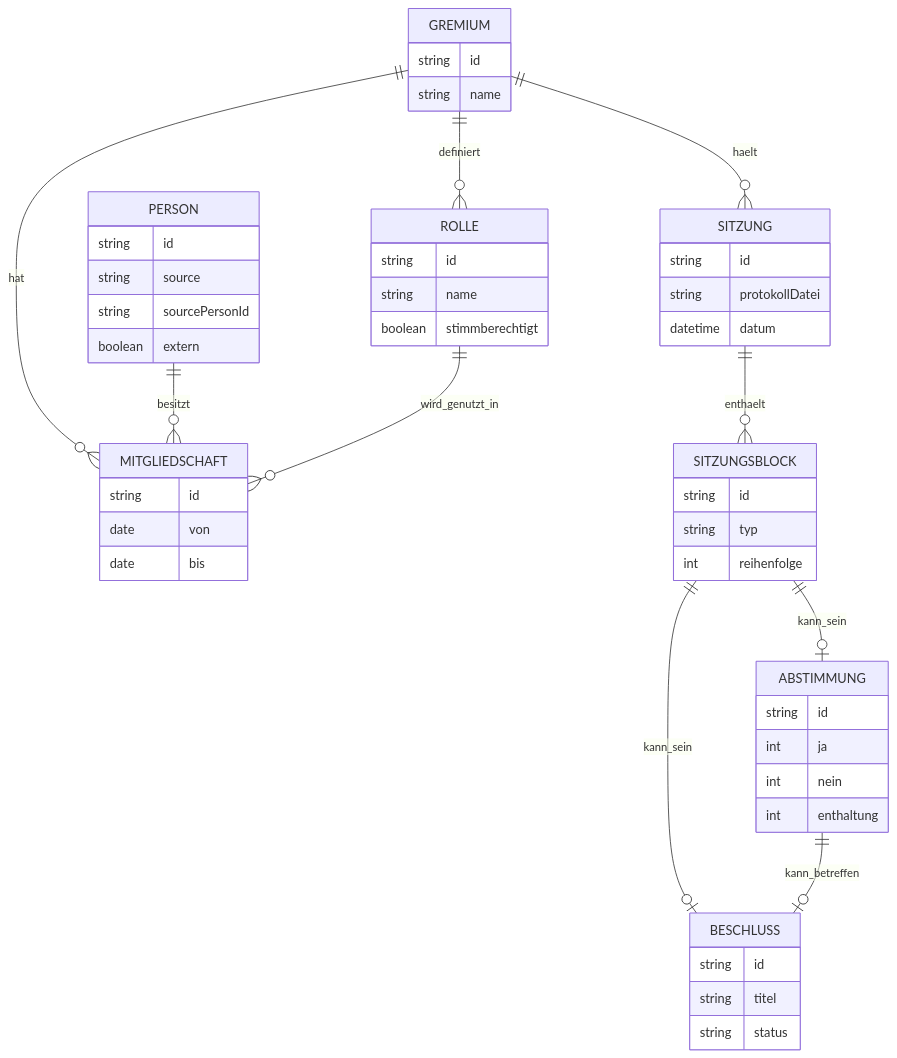
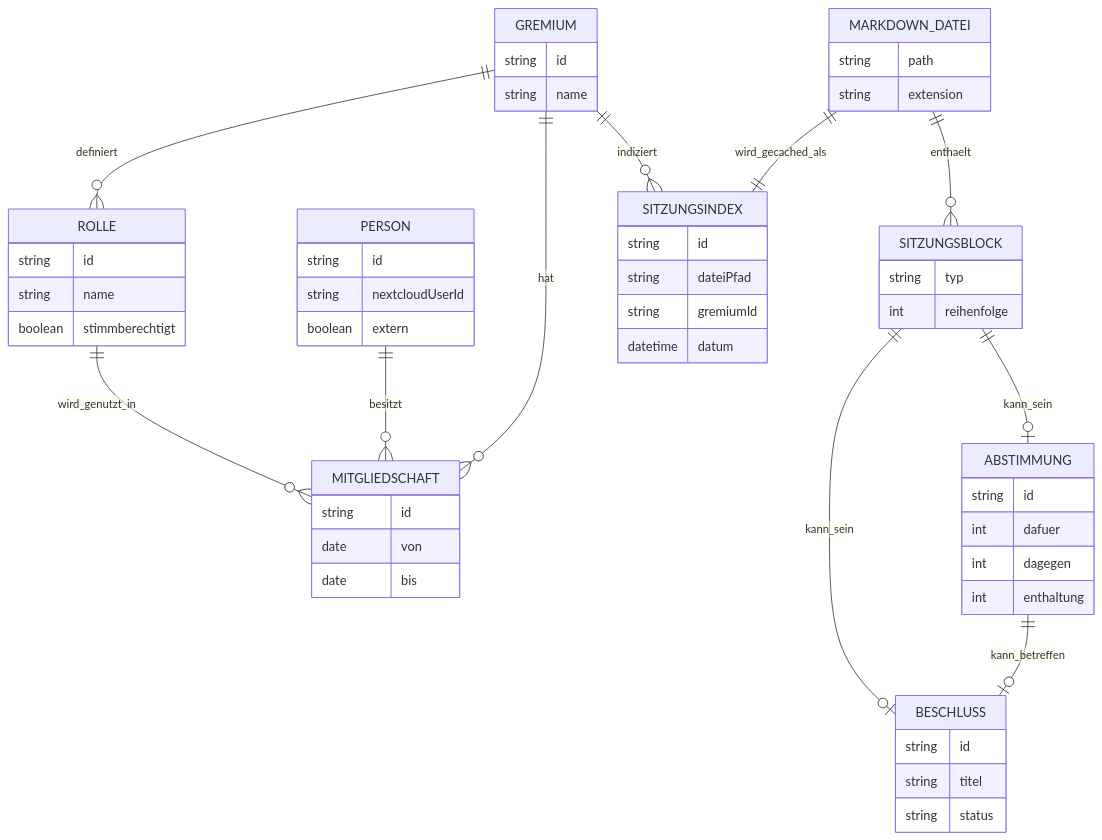
Before and after one commit to dergabriel/nextcloud-protokolle: the second of 5 diagrams in ARCHITECTURE.md, drawn with Mermaid. The commit also changed other lines of this file, not shown here.

Commit message:
docs: pivot architecture to lean on nextcloud text and user_oidc

````diff
--- a/ARCHITECTURE.md
+++ b/ARCHITECTURE.md
@@ -80,61 +127,66 @@
 ```mermaid
 erDiagram
     GREMIUM ||--o{ ROLLE : definiert
     GREMIUM ||--o{ MITGLIEDSCHAFT : hat
     PERSON ||--o{ MITGLIEDSCHAFT : besitzt
     ROLLE ||--o{ MITGLIEDSCHAFT : wird_genutzt_in
-    GREMIUM ||--o{ SITZUNG : haelt
-    SITZUNG ||--o{ SITZUNGSBLOCK : enthaelt
+    GREMIUM ||--o{ SITZUNGSINDEX : indiziert
+    MARKDOWN_DATEI ||--|| SITZUNGSINDEX : wird_gecached_als
+    MARKDOWN_DATEI ||--o{ SITZUNGSBLOCK : enthaelt
     SITZUNGSBLOCK ||--o| BESCHLUSS : kann_sein
     SITZUNGSBLOCK ||--o| ABSTIMMUNG : kann_sein
     ABSTIMMUNG ||--o| BESCHLUSS : kann_betreffen
 
     GREMIUM {
         string id
         string name
     }
 
     PERSON {
         string id
-        string source
-        string sourcePersonId
+        string nextcloudUserId
         boolean extern
     }
 
     ROLLE {
         string id
         string name
         boolean stimmberechtigt
     }
 
     MITGLIEDSCHAFT {
         string id
         date von
         date bis
     }
 
-    SITZUNG {
+    MARKDOWN_DATEI {
+        string path
+        string extension
+    }
+
+    SITZUNGSINDEX {
         string id
-        string protokollDatei
+        string dateiPfad
+        string gremiumId
         datetime datum
     }
 
     SITZUNGSBLOCK {
-        string id
         string typ
         int reihenfolge
     }
 
     BESCHLUSS {
         string id
         string titel
         string status
     }
 
     ABSTIMMUNG {
         string id
-        int ja
-        int nein
+        int dafuer
+        int dagegen
         int enthaltung
     }
 ```
````
